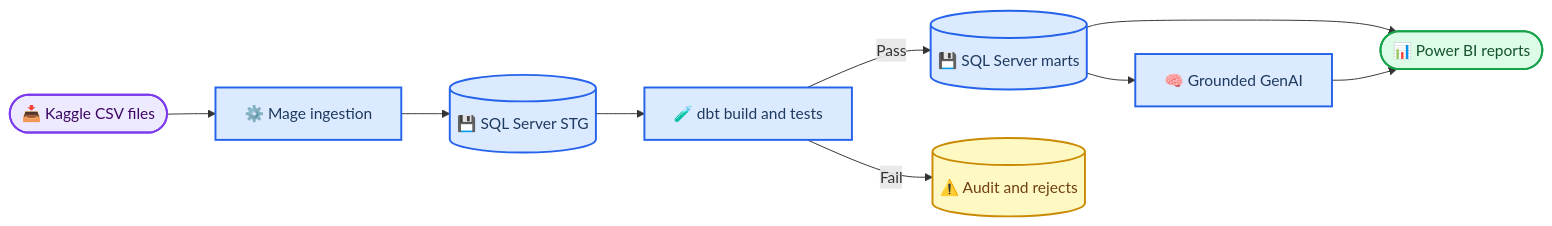
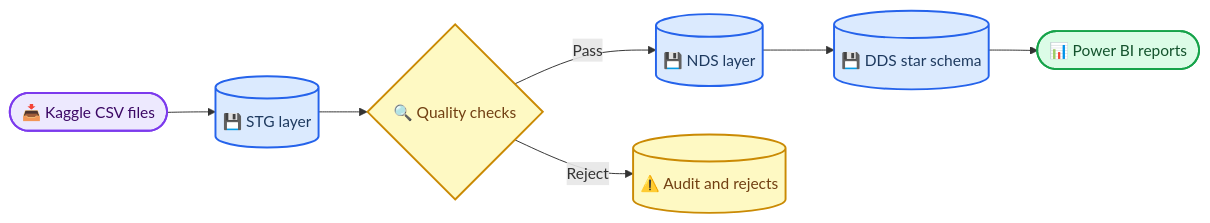
Before and after one commit to TheHien04/Home-Credit: the diagram in README.md, drawn with Mermaid. The commit also changed other lines of this file and 32 other files, not shown here.

````diff
--- a/README.md
+++ b/README.md
@@ -32,26 +30,22 @@
 ```mermaid
 flowchart LR
     accTitle: Home Credit BI Pipeline
-    accDescr: Mage loads Home Credit CSV files to SQL Server, dbt transforms and tests the data, and verified marts feed Power BI and a grounded generative AI narrative.
+    accDescr: Home Credit CSV files move through staging, data-quality validation, normalized storage, a dimensional warehouse, and Power BI reporting while failed records are retained in an audit path.
 
-    source(["📥 Kaggle CSV files"]) --> mage["⚙️ Mage ingestion"]
-    mage --> staging[("💾 SQL Server STG")]
-    staging --> dbt["🧪 dbt build and tests"]
-    dbt -->|Pass| dds[("💾 SQL Server marts")]
-    dbt -->|Fail| audit[("⚠️ Audit and rejects")]
+    source(["📥 Kaggle CSV files"]) --> staging[("💾 STG layer")]
+    staging --> quality{"🔍 Quality checks"}
+    quality -->|Pass| nds[("💾 NDS layer")]
+    quality -->|Reject| audit[("⚠️ Audit and rejects")]
+    nds --> dds[("💾 DDS star schema")]
     dds --> dashboard(["📊 Power BI reports"])
-    dds --> genai["🧠 Grounded GenAI"]
-    genai --> dashboard
 
     classDef input fill:#ede9fe,stroke:#7c3aed,stroke-width:2px,color:#3b0764
-    classDef process fill:#dbeafe,stroke:#2563eb,stroke-width:2px,color:#1e3a5f
     classDef data fill:#dbeafe,stroke:#2563eb,stroke-width:2px,color:#1e3a5f
     classDef warning fill:#fef9c3,stroke:#ca8a04,stroke-width:2px,color:#713f12
     classDef output fill:#dcfce7,stroke:#16a34a,stroke-width:2px,color:#14532d
 
     class source input
-    class staging,dds data
-    class audit warning
-    class mage,dbt,genai process
+    class staging,nds,dds data
+    class quality,audit warning
     class dashboard output
 ```
````
